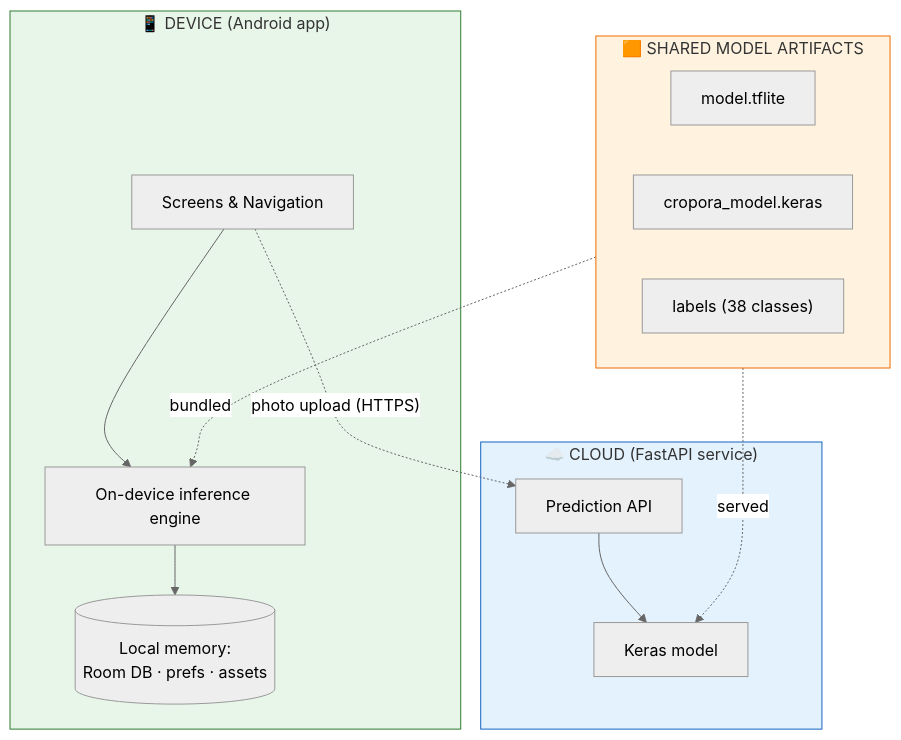
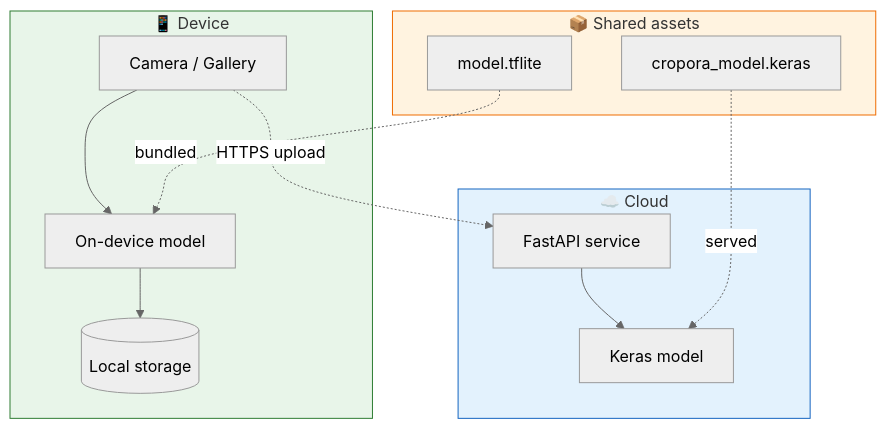
Before and after one commit to Raj-Indra-Asura/Cropora: the third of 12 diagrams in Cropora System Design Presentation.md, drawn with Mermaid (neutral theme). The commit also changed other lines of this file, not shown here.

````diff
--- a/Cropora System Design Presentation.md
+++ b/Cropora System Design Presentation.md
@@ -116,28 +90,27 @@
 ```mermaid
 flowchart TB
-    subgraph DEVICE["📱 DEVICE (Android app)"]
-        UI["Screens & Navigation"]
-        EDGEENG["On-device inference engine"]
-        LOCAL[("Local memory:<br/>Room DB · prefs · assets")]
+    subgraph DEV["📱 Device"]
+        CAP["Camera / Gallery"]
+        ENG["On-device model"]
+        DB[("Local storage")]
     end
-    subgraph CLOUD["☁️ CLOUD (FastAPI service)"]
-        API["Prediction API"]
-        KERAS["Keras model"]
+    subgraph CLD["☁️ Cloud"]
+        API["FastAPI service"]
+        MDL["Keras model"]
     end
-    subgraph ARTIFACTS["🟧 SHARED MODEL ARTIFACTS"]
-        M1["model.tflite"]
-        M2["cropora_model.keras"]
-        L["labels (38 classes)"]
+    subgraph AST["📦 Shared assets"]
+        TFL["model.tflite"]
+        KRS["cropora_model.keras"]
     end
 
-    UI --> EDGEENG
-    UI -. "photo upload (HTTPS)" .-> API
-    API --> KERAS
-    EDGEENG --> LOCAL
-    ARTIFACTS -.->|"bundled"| EDGEENG
-    ARTIFACTS -.->|"served"| KERAS
+    CAP --> ENG
+    CAP -. "HTTPS upload" .-> API
+    API --> MDL
+    ENG --> DB
+    TFL -.->|bundled| ENG
+    KRS -.->|served| MDL
 
-    style DEVICE fill:#e8f5e9,stroke:#2e7d32
-    style CLOUD fill:#e3f2fd,stroke:#1565c0
-    style ARTIFACTS fill:#fff3e0,stroke:#ef6c00
+    style DEV fill:#e8f5e9,stroke:#2e7d32
+    style CLD fill:#e3f2fd,stroke:#1565c0
+    style AST fill:#fff3e0,stroke:#ef6c00
 ```
````
